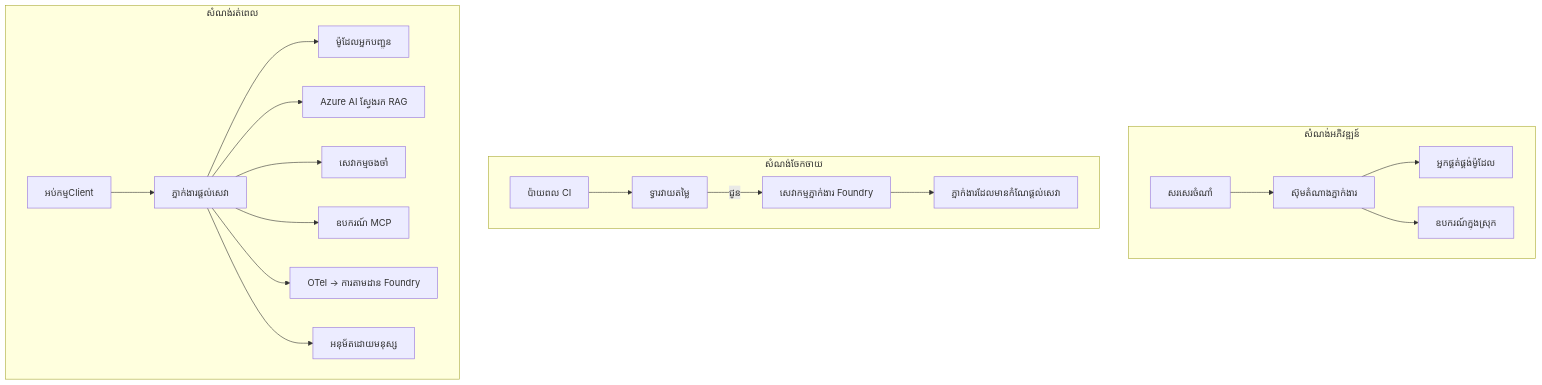
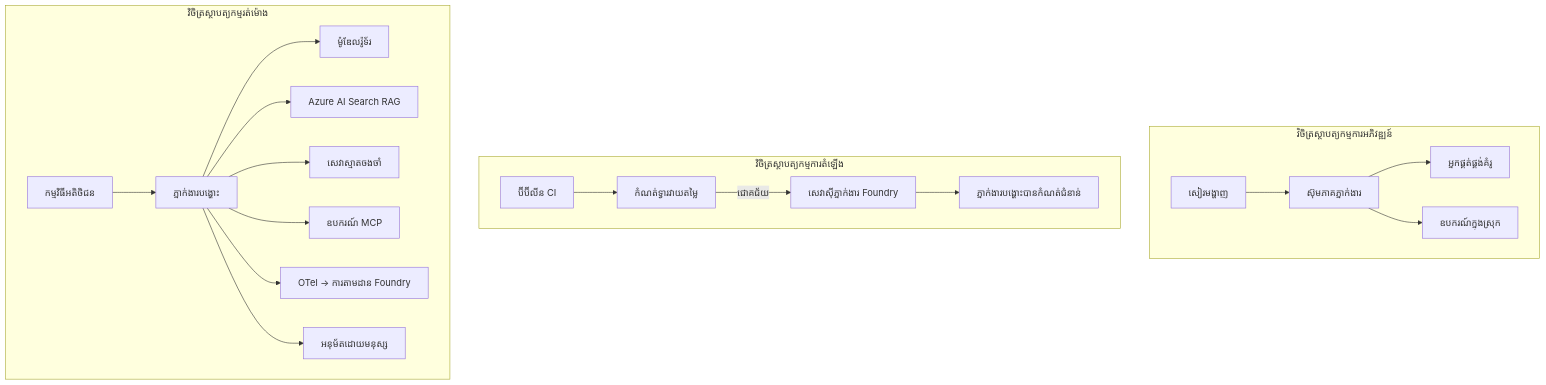
Before and after one commit to gabrielmoreira/agent-skills-mirror: the fourth of 4 diagrams in mirrors/repos/microsoft@ai-agents-for-beginners/translations/km/16-deploying-scalable-agents/README.md, drawn with Mermaid. The commit also changed other lines of this file and 3581 other files, not shown here.

````diff
--- a/mirrors/repos/microsoft@ai-agents-for-beginners/translations/km/16-deploying-scalable-agents/README.md
+++ b/mirrors/repos/microsoft@ai-agents-for-beginners/translations/km/16-deploying-scalable-agents/README.md
@@ -185,22 +185,22 @@
 ```mermaid
 flowchart TB
-    subgraph Dev[សំណង់អភិវឌ្ឍន៍]
-        D1[សរសេរចំណាំ] --> D2[ស៊ុមតំណាងភ្នាក់ងារ]
-        D2 --> D3[អ្នកផ្គត់ផ្គង់ម៉ូដែល]
+    subgraph Dev[វិចិត្រស្ថាបត្យកម្មការអភិវឌ្ឍន៍]
+        D1[សៀរមង្ហាញ] --> D2[ស៊ុមភាគភ្នាក់ងារ]
+        D2 --> D3[អ្នកផ្គត់ផ្គង់គំរូ]
         D2 --> D4[ឧបករណ៍ក្នុងស្រុក]
     end
-    subgraph Deploy[សំណង់ចែកចាយ]
-        E1[ប៉ាយពល CI] --> E2[ទ្វារវាយតម្លៃ]
-        E2 -->|ជូន| E3[សេវាកម្មភ្នាក់ងារ Foundry]
-        E3 --> E4[ភ្នាក់ងារដែលមានកំណែផ្ដល់សេវា]
+    subgraph Deploy[វិចិត្រស្ថាបត្យកម្មការតំឡើង]
+        E1[ប៊ីប៊ីលីន CI] --> E2[កំណត់ទ្វារវាយតម្លៃ]
+        E2 -->|ជោគជ័យ| E3[សេវាស៊ីភ្នាក់ងារ Foundry]
+        E3 --> E4[ភ្នាក់ងារបង្ហោះបានកំណត់ជំនាន់]
     end
-    subgraph Run[សំណង់រត់ពេល]
-        F1[អប់កម្មClient] --> F2[ភ្នាក់ងារផ្ដល់សេវា]
-        F2 --> F3[ម៉ូដែលអ្នកបញ្ជូន]
-        F2 --> F4[Azure AI ស្វែងរក RAG]
-        F2 --> F5[សេវាកម្មចងចាំ]
+    subgraph Run[វិចិត្រស្ថាបត្យកម្មរត់ម៉ោង]
+        F1[កម្មវិធីអតិថិជន] --> F2[ភ្នាក់ងារបង្ហោះ]
+        F2 --> F3[ម៉ូឌែលរ៉ូទ័រ]
+        F2 --> F4[Azure AI Search RAG]
+        F2 --> F5[សេវាស្មាតចងចាំ]
         F2 --> F6[ឧបករណ៍ MCP]
         F2 --> F7[OTel -> ការតាមដាន Foundry]
         F2 --> F8[អនុម័តដោយមនុស្ស]
     end
 ```
````
